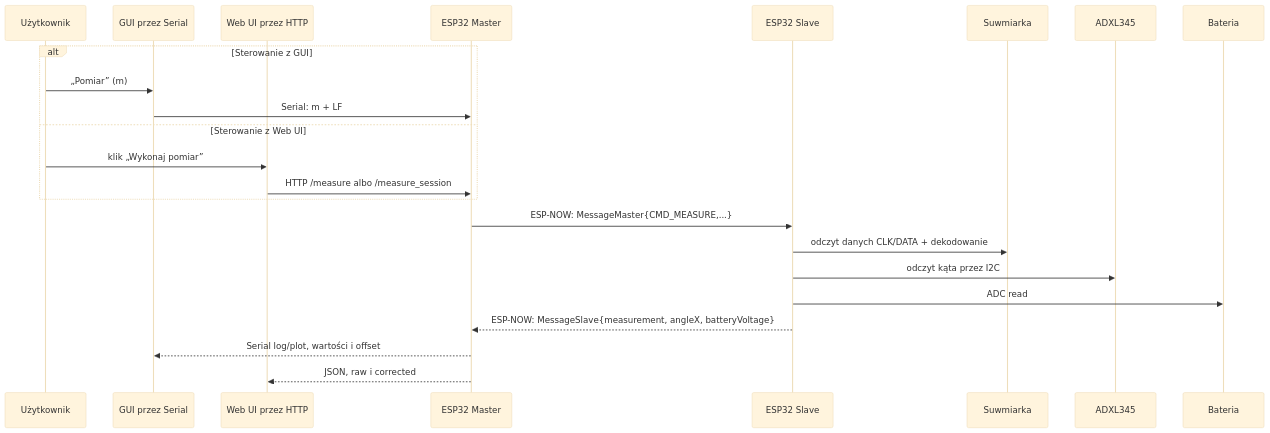
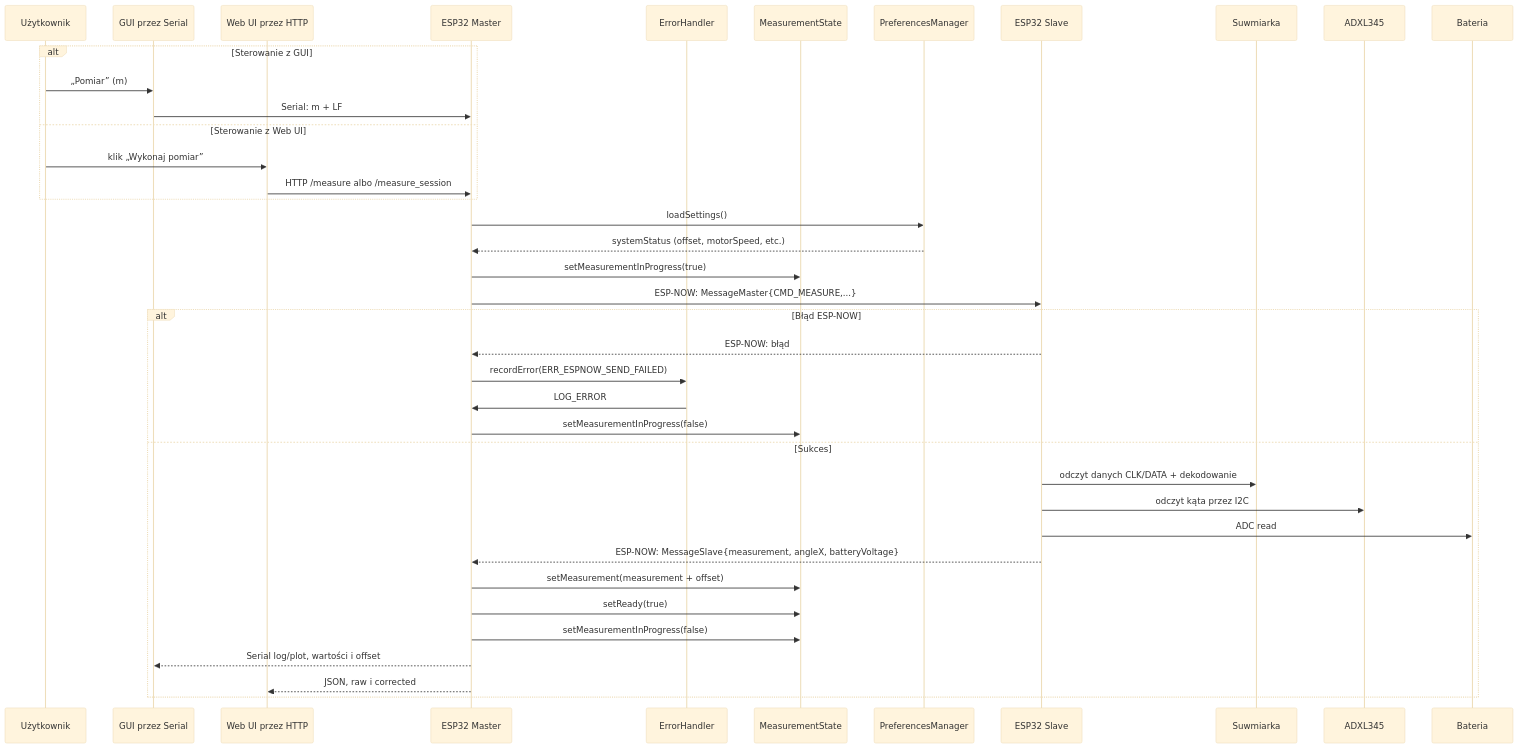
The second of 3 diagrams in README.md (ciupakt/caliper), drawn with Mermaid (base theme) before and after one commit. The commit also changed other lines of this file, not shown here.

````diff
--- a/README.md
+++ b/README.md
@@ -104,27 +124,47 @@
 ```mermaid
 sequenceDiagram
     participant U as Użytkownik
     participant GUI as GUI przez Serial
     participant WEB as Web UI przez HTTP
     participant M as ESP32 Master
+    participant EH as ErrorHandler
+    participant MS as MeasurementState
+    participant PM as PreferencesManager
     participant S as ESP32 Slave
     participant CAL as Suwmiarka
     participant ACC as ADXL345
     participant BAT as Bateria
 
     alt Sterowanie z GUI
         U->>GUI: „Pomiar” (m)
         GUI->>M: Serial: m + LF
     else Sterowanie z Web UI
         U->>WEB: klik „Wykonaj pomiar”
         WEB->>M: HTTP /measure albo /measure_session
     end
 
+    M->>PM: loadSettings()
+    PM-->>M: systemStatus (offset, motorSpeed, etc.)
+    
+    M->>MS: setMeasurementInProgress(true)
     M->>S: ESP-NOW: MessageMaster{CMD_MEASURE,...}
-    S->>CAL: odczyt danych CLK/DATA + dekodowanie
-    S->>ACC: odczyt kąta przez I2C
-    S->>BAT: ADC read
-    S-->>M: ESP-NOW: MessageSlave{measurement, angleX, batteryVoltage}
-    M-->>GUI: Serial log/plot, wartości i offset
-    M-->>WEB: JSON, raw i corrected
+    
+    alt Błąd ESP-NOW
+        S-->>M: ESP-NOW: błąd
+        M->>EH: recordError(ERR_ESPNOW_SEND_FAILED)
+        EH->>M: LOG_ERROR
+        M->>MS: setMeasurementInProgress(false)
+    else Sukces
+        S->>CAL: odczyt danych CLK/DATA + dekodowanie
+        S->>ACC: odczyt kąta przez I2C
+        S->>BAT: ADC read
+        S-->>M: ESP-NOW: MessageSlave{measurement, angleX, batteryVoltage}
+        
+        M->>MS: setMeasurement(measurement + offset)
+        M->>MS: setReady(true)
+        M->>MS: setMeasurementInProgress(false)
+        
+        M-->>GUI: Serial log/plot, wartości i offset
+        M-->>WEB: JSON, raw i corrected
+    end
 ```
````
